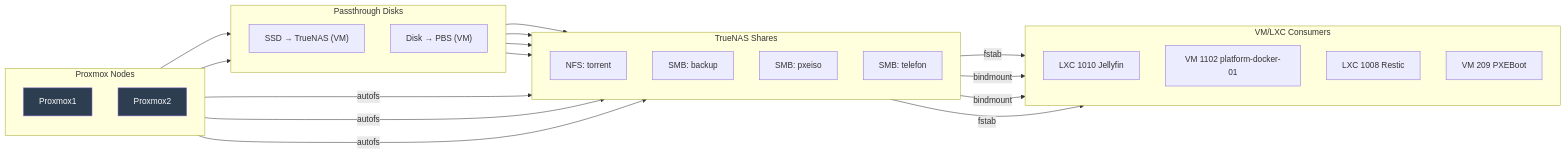
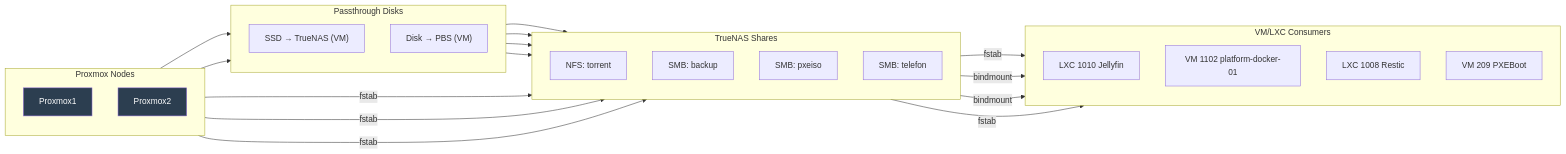
The first of 2 diagrams in 13-Design_Decisions/README.md (torokrolf/homelab), drawn with Mermaid before and after one commit.

````diff
--- a/13-Design_Decisions/README.md
+++ b/13-Design_Decisions/README.md
@@ -60,57 +60,57 @@
 ```mermaid
 flowchart LR
     linkStyle default interpolate basis
 
     %% PROXMOX LAYER
     subgraph PROXMOX["Proxmox Nodes"]
         direction TB
         PVE1["Proxmox1"]
         PVE2["Proxmox2"]
     end
 
     %% PASSTHROUGH LAYER
     subgraph STORAGE["Passthrough Disks"]
         direction TB
         SSD_TRUENAS["SSD → TrueNAS (VM)"]
         SSD_PBS["Disk → PBS (VM)"]
     end
 
     %% EXPORT LAYER
     subgraph EXPORTS["TrueNAS Shares"]
         direction TB
         NFS["NFS: torrent"]
         SMB1["SMB: backup"]
         SMB2["SMB: pxeiso"]
         SMB3["SMB: telefon"]
     end
 
     %% CONSUMERS
     subgraph CONSUMERS["VM/LXC Consumers"]
         direction TB
         JELLY["LXC 1010 Jellyfin"]
         DOCKER["VM 1102 platform-docker-01"]
         RESTIC["LXC 1008 Restic"]
         PXEVM["VM 209 PXEBoot"]
     end
 
     %% Connections
     PVE2 --> SSD_TRUENAS
     PVE2 --> SSD_PBS
 
     SSD_TRUENAS --> NFS
     SSD_TRUENAS --> SMB1
     SSD_TRUENAS --> SMB2
     SSD_TRUENAS --> SMB3
 
-    PVE1 -->|autofs| NFS
-    PVE1 -->|autofs| SMB1
-    PVE1 -->|autofs| SMB2
+    PVE1 -->|fstab| NFS
+    PVE1 -->|fstab| SMB1
+    PVE1 -->|fstab| SMB2
 
     NFS -->|fstab| DOCKER
     NFS -->|bindmount| JELLY
     SMB1 -->|bindmount| RESTIC
     SMB2 -->|fstab| PXEVM
 
     classDef pve fill:#2c3e50,color:#fff;
     class PVE1,PVE2 pve;
 ```
````
